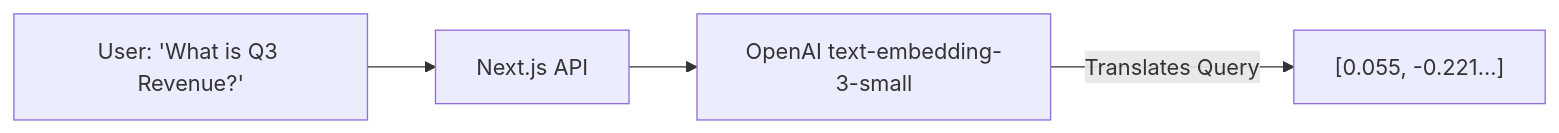
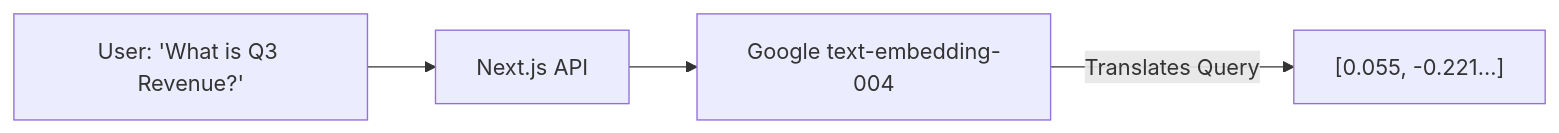
The fifth of 8 diagrams in README.md (Dhanush3620/RAG-pipeline), drawn with Mermaid before and after one commit. The commit also changed other lines of this file and 10 other files, not shown here.

````diff
--- a/README.md
+++ b/README.md
@@ -67,6 +67,6 @@
 ```mermaid
 graph LR
     A[User: 'What is Q3 Revenue?'] --> B[Next.js API]
-    B --> C[OpenAI text-embedding-3-small]
+    B --> C[Google text-embedding-004]
     C -->|Translates Query| D["[0.055, -0.221...]"]
 ```
````
